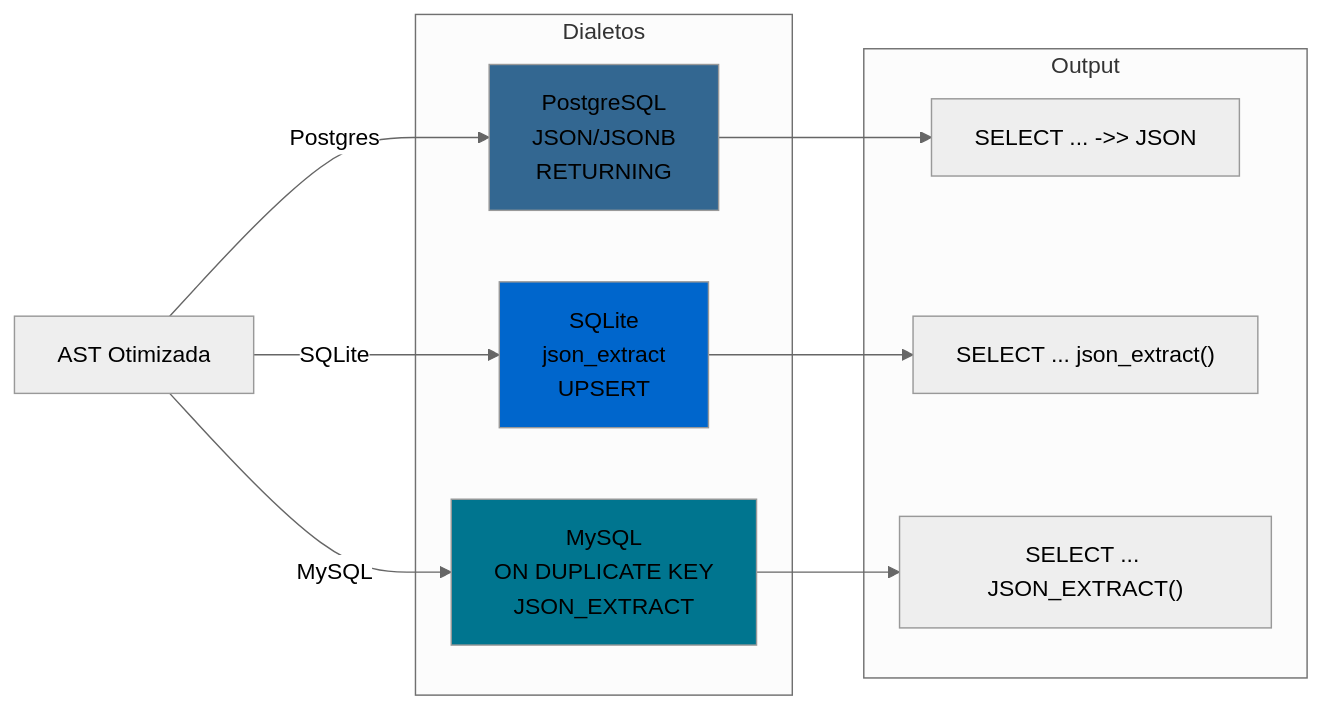
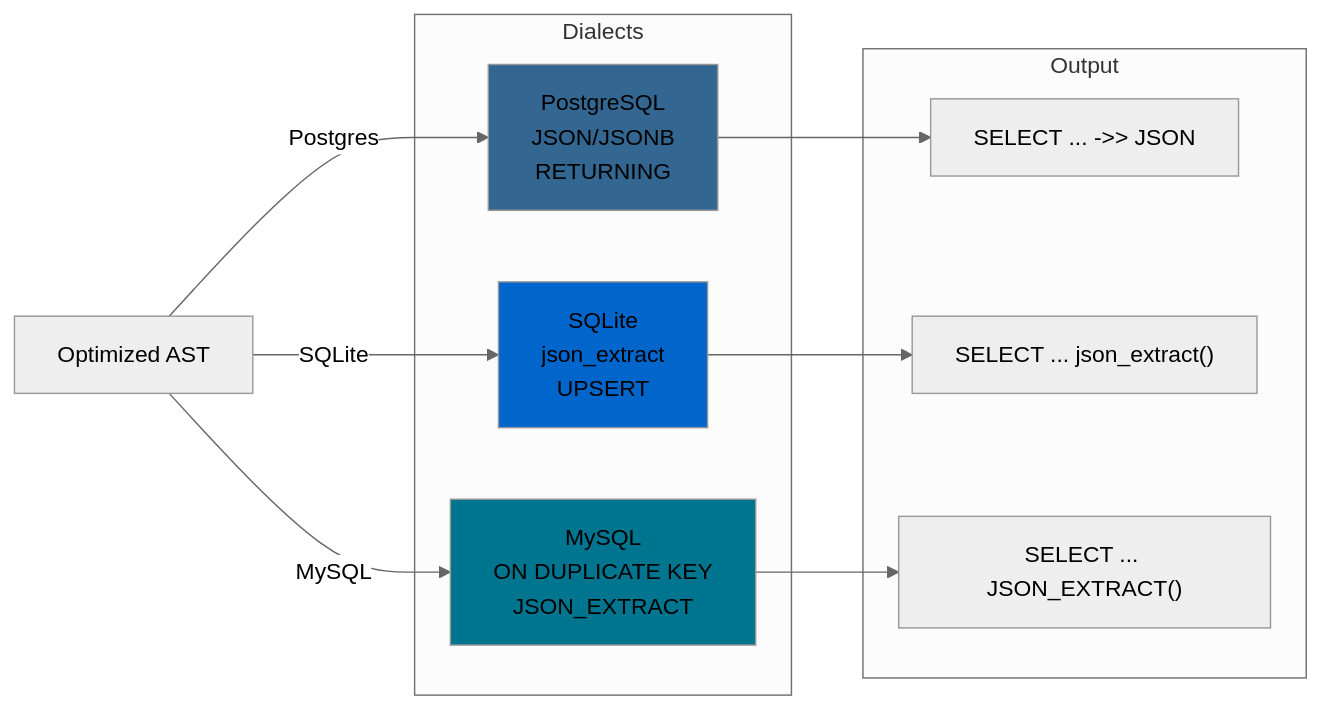
One commit to Bare-Sql-Engine/bare-sql-java changed the ninth of 15 diagrams in DOCUMENTACAO.md. Above: the diagram before and after it, drawn with Mermaid (neutral theme). The commit also changed other lines of this file and 1 other file, not shown here.

````diff
--- a/DOCUMENTACAO.md
+++ b/DOCUMENTACAO.md
@@ -426,28 +426,28 @@
 ```mermaid
 graph LR
-    AST["AST Otimizada"]
+    AST["Optimized AST"]
     
-    subgraph "Dialetos"
+    subgraph "Dialects"
         P["PostgreSQL<br/>JSON/JSONB<br/>RETURNING"]
         S["SQLite<br/>json_extract<br/>UPSERT"]
         M["MySQL<br/>ON DUPLICATE KEY<br/>JSON_EXTRACT"]
     end
     
     subgraph "Output"
         P_SQL["SELECT ... ->> JSON"]
         S_SQL["SELECT ... json_extract()"]
         M_SQL["SELECT ... JSON_EXTRACT()"]
     end
     
     AST -->|Postgres| P
     AST -->|SQLite| S
     AST -->|MySQL| M
     
     P --> P_SQL
     S --> S_SQL
     M --> M_SQL
     
     style P fill:#336791
     style S fill:#0066cc
     style M fill:#00758f
 ```
````
